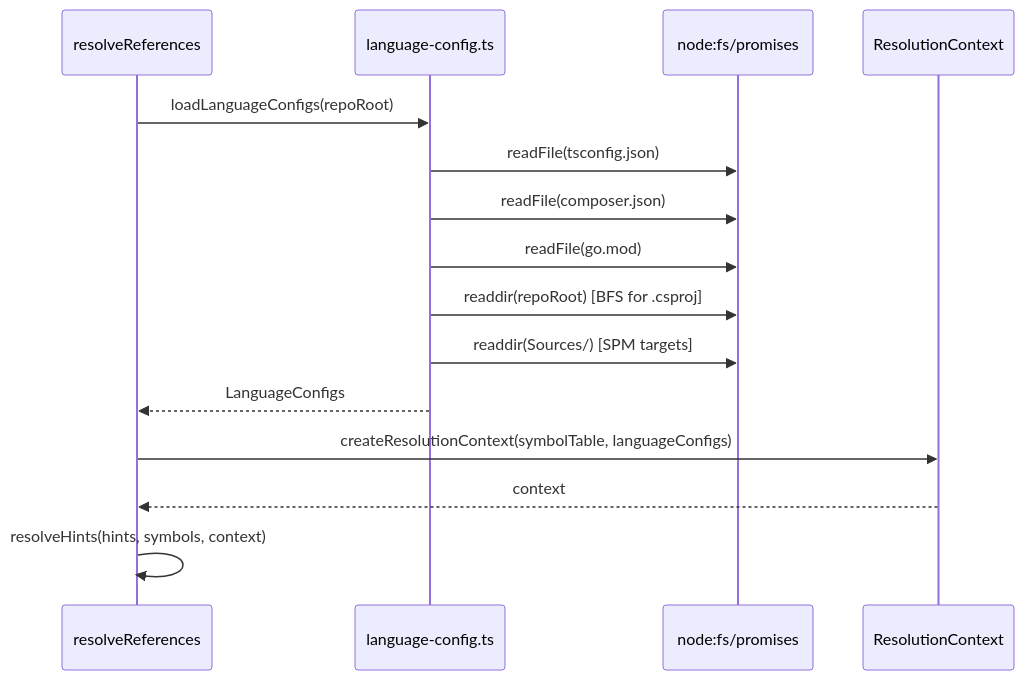
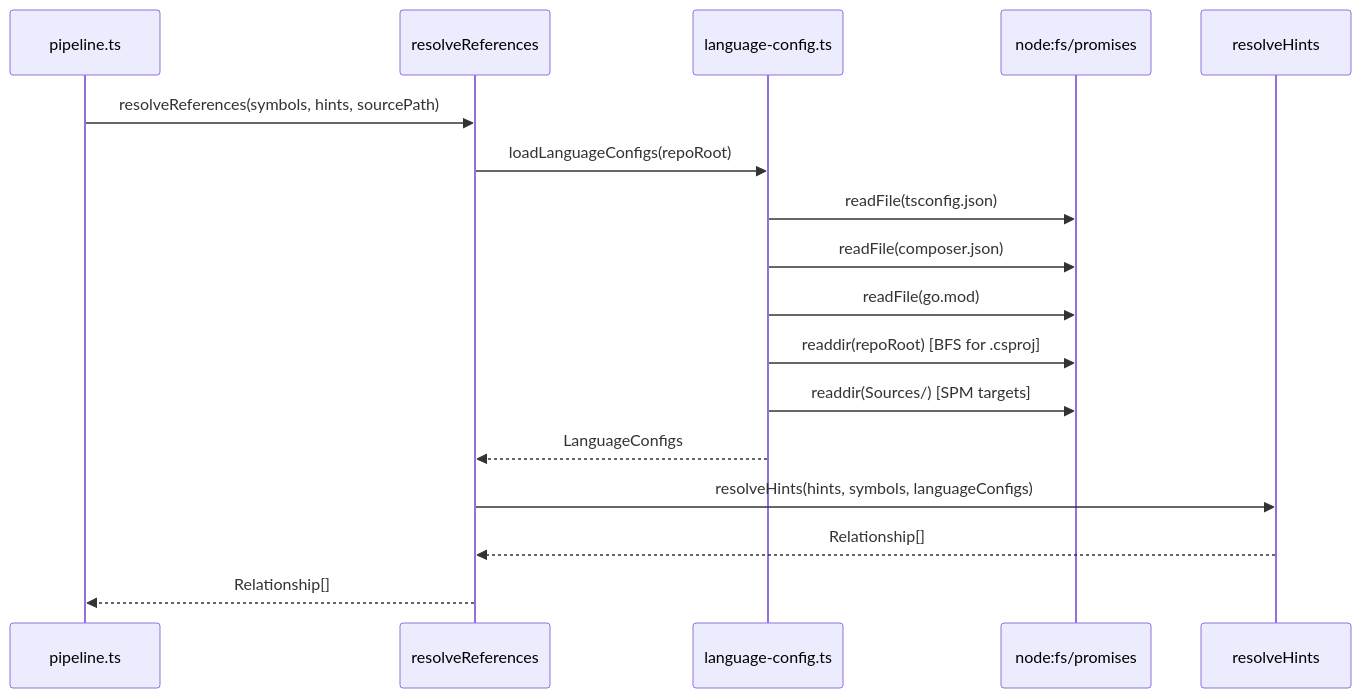
Before and after one commit to stevehogo/typocop: the second of 2 diagrams in .kiro/specs/language-config-loaders/design.md, drawn with Mermaid. The commit also changed other lines of this file and 2 other files, not shown here.

Commit message:
ADD TYPESCRIPT TSCONFIG PATH ALIAS LOADER AND TESTS
feat(language-config): add TypeScript tsconfig path alias loader

- Implement loadTsconfigPaths to parse tsconfig.json, tsconfig.app.json, or tsconfig.base.json for path aliases and baseUrl
- Strip both single-line (//) and multi-line (/* */) comments from JSON before parsing
- Normalize alias keys and target values by removing trailing '*' for glob patterns
- Return null if no valid config or paths found, or on error
- Add comprehensive unit and property-based tests for loader behavior, including fallback order, normalization, and error handling
- Define interfaces for all planned language config loaders (Composer, Go, C#, Swift) with stubs for future implementation

````diff
--- a/.kiro/specs/language-config-loaders/design.md
+++ b/.kiro/specs/language-config-loaders/design.md
@@ -41,18 +46,20 @@
 ```mermaid
 sequenceDiagram
+    participant PL as pipeline.ts
     participant P3 as resolveReferences
     participant LC as language-config.ts
     participant FS as node:fs/promises
-    participant RC as ResolutionContext
+    participant RH as resolveHints
 
+    PL->>P3: resolveReferences(symbols, hints, sourcePath)
     P3->>LC: loadLanguageConfigs(repoRoot)
     LC->>FS: readFile(tsconfig.json)
     LC->>FS: readFile(composer.json)
     LC->>FS: readFile(go.mod)
     LC->>FS: readdir(repoRoot) [BFS for .csproj]
     LC->>FS: readdir(Sources/) [SPM targets]
     LC-->>P3: LanguageConfigs
-    P3->>RC: createResolutionContext(symbolTable, languageConfigs)
-    RC-->>P3: context
-    P3->>P3: resolveHints(hints, symbols, context)
+    P3->>RH: resolveHints(hints, symbols, languageConfigs)
+    RH-->>P3: Relationship[]
+    P3-->>PL: Relationship[]
 ```
````
